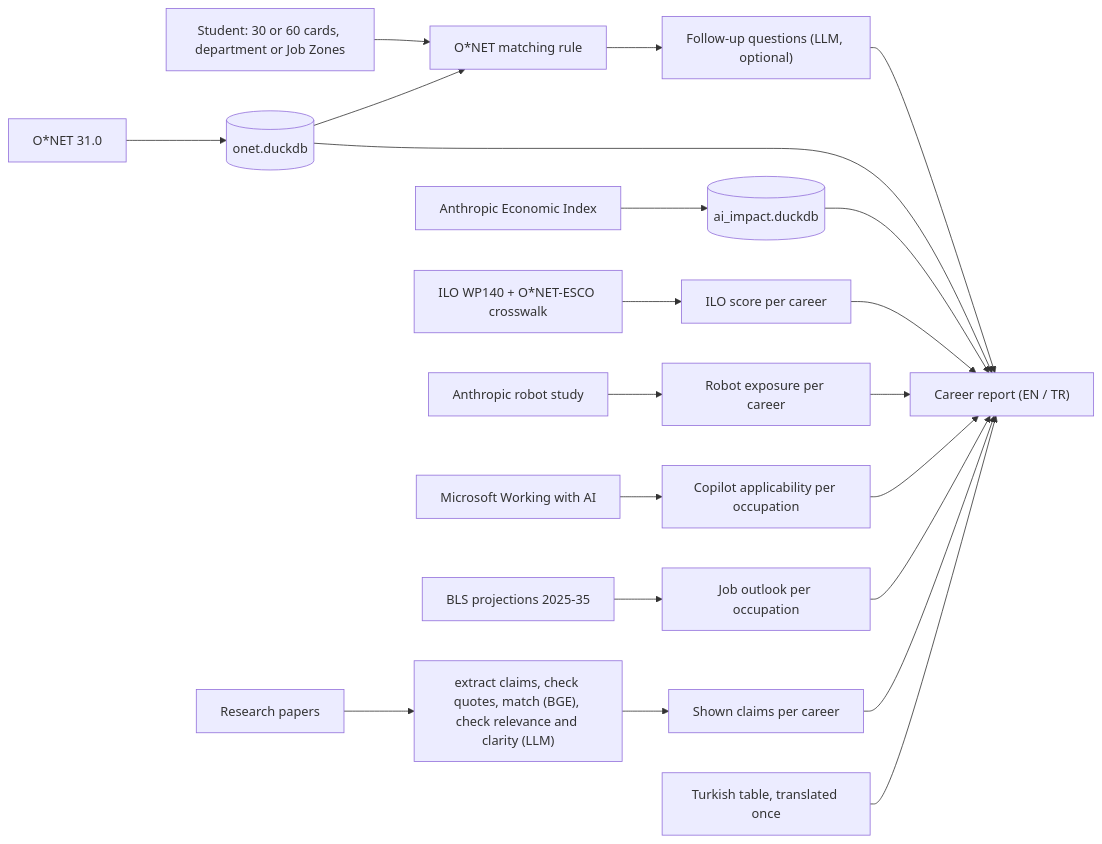
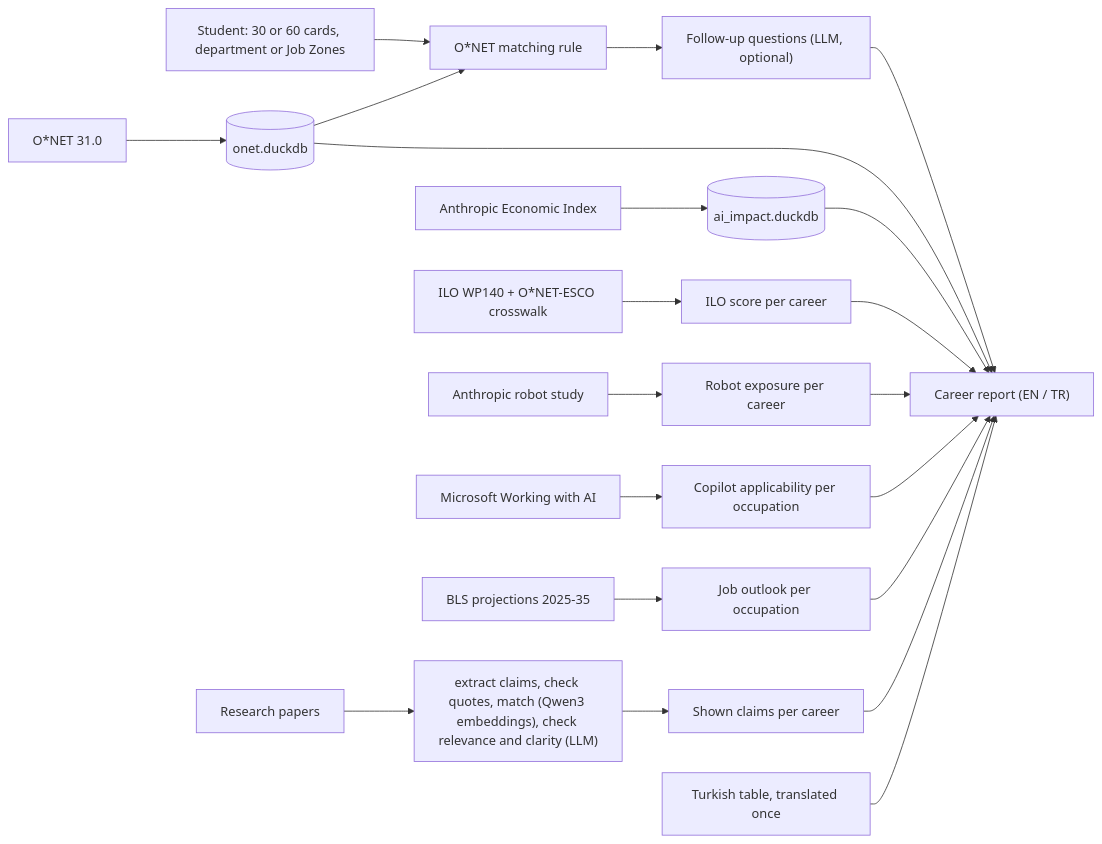
Before and after one commit to b454k/ai-aware-career-guide: the diagram in README.md, drawn with Mermaid. The commit also changed other lines of this file and 14 other files, not shown here.

````diff
--- a/README.md
+++ b/README.md
@@ -45,23 +45,23 @@
 ```mermaid
 flowchart LR
     student["Student: 30 or 60 cards, department or Job Zones"] --> match["O*NET matching rule"]
     match --> follow["Follow-up questions (LLM, optional)"]
     follow --> report["Career report (EN / TR)"]
     onet["O*NET 31.0"] --> onetdb[("onet.duckdb")]
     aei["Anthropic Economic Index"] --> aidb[("ai_impact.duckdb")]
     ilo["ILO WP140 + O*NET-ESCO crosswalk"] --> ilocsv["ILO score per career"]
     robots["Anthropic robot study"] --> robotcsv["Robot exposure per career"]
     ms["Microsoft Working with AI"] --> mscsv["Copilot applicability per occupation"]
     bls["BLS projections 2025-35"] --> blscsv["Job outlook per occupation"]
-    papers["Research papers"] --> pipe["extract claims, check quotes, match (BGE), check relevance and clarity (LLM)"]
+    papers["Research papers"] --> pipe["extract claims, check quotes, match (Qwen3 embeddings), check relevance and clarity (LLM)"]
     pipe --> claims["Shown claims per career"]
     onetdb --> match
     onetdb --> report
     aidb --> report
     ilocsv --> report
     robotcsv --> report
     mscsv --> report
     blscsv --> report
     claims --> report
     tr["Turkish table, translated once"] --> report
 ```
````
